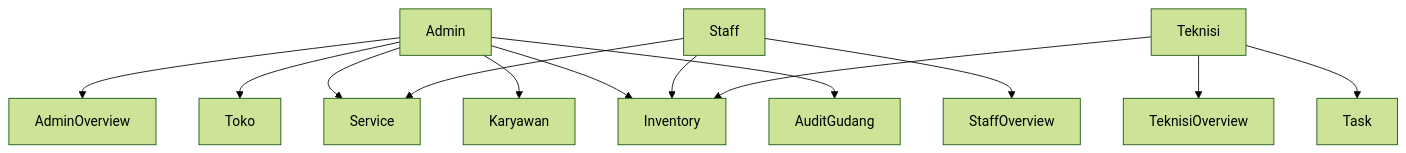
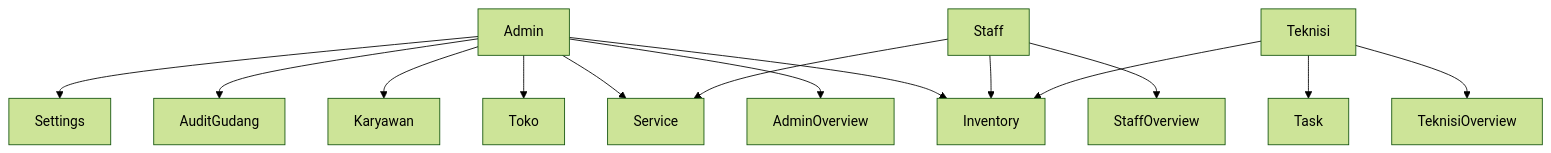
One commit to PintaAI/rms-v2 changed the second of 2 diagrams in user-manual/01-overview[RiBook2Line].md. Above: the diagram before and after it, drawn with Mermaid (forest theme). The commit also changed other lines of this file and 21 other files, not shown here.

````diff
--- a/user-manual/01-overview[RiBook2Line].md
+++ b/user-manual/01-overview[RiBook2Line].md
@@ -43,17 +44,18 @@
 ```mermaid
 flowchart TD
     Admin --> AdminOverview
     Admin --> Toko
     Admin --> Service
     Admin --> Karyawan
     Admin --> Inventory
     Admin --> AuditGudang
+    Admin --> Settings
 
     Staff --> StaffOverview
     Staff --> Service
     Staff --> Inventory
 
     Teknisi --> TeknisiOverview
     Teknisi --> Task
     Teknisi --> Inventory
 ```
````
